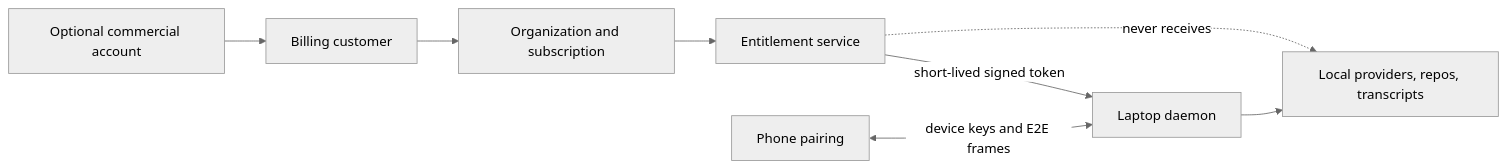
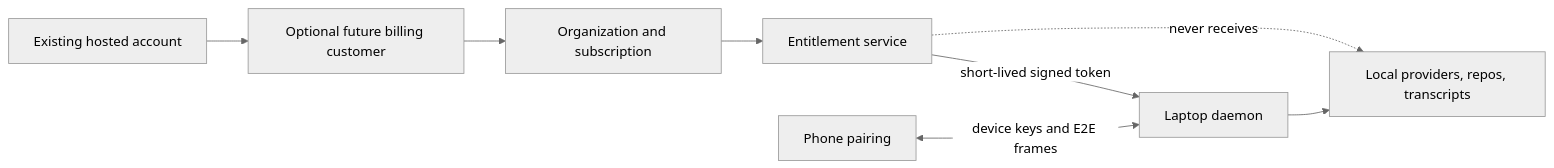
Before and after one commit to Sahith59/LongLe-sh: the first of 2 diagrams in docs/MONETIZATION-PLAN.md, drawn with Mermaid (neutral theme). The commit also changed other lines of this file and 4 other files, not shown here.

````diff
--- a/docs/MONETIZATION-PLAN.md
+++ b/docs/MONETIZATION-PLAN.md
@@ -238,10 +248,10 @@
 ```mermaid
 flowchart LR
-    U[Optional commercial account] --> B[Billing customer]
+    U[Existing hosted account] --> B[Optional future billing customer]
     B --> O[Organization and subscription]
     O --> E[Entitlement service]
     E -->|short-lived signed token| D[Laptop daemon]
     P[Phone pairing] <-->|device keys and E2E frames| D
     D --> L[Local providers, repos, transcripts]
     E -. never receives .-> L
 ```
````
